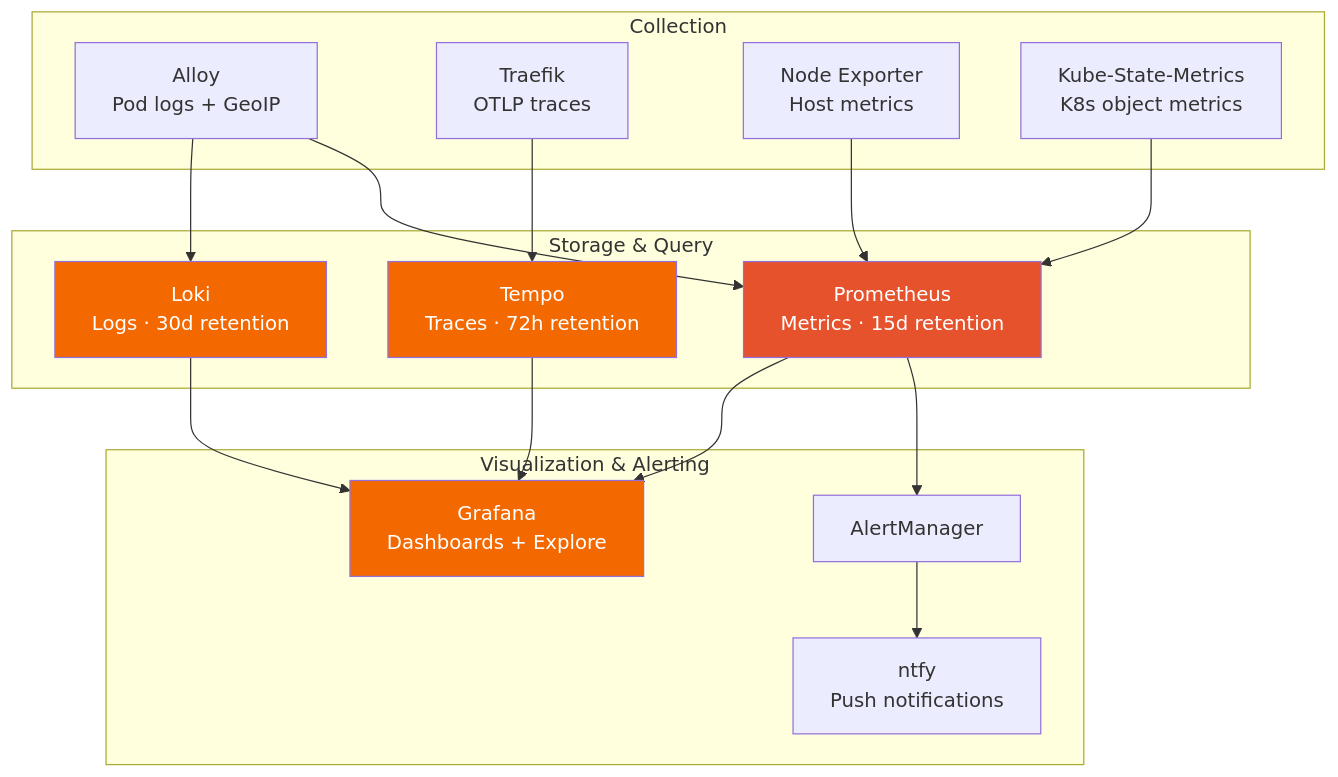
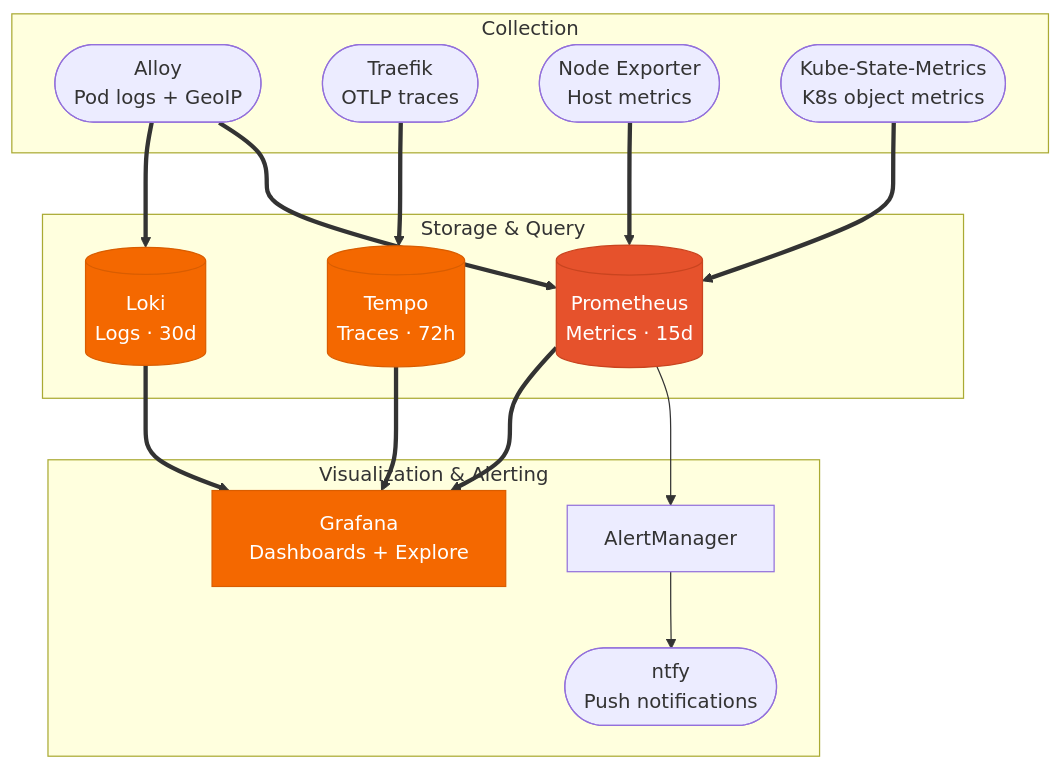
One commit to Starktastic-Homelab/apps changed the fourth of 5 diagrams in README.md. Above: the diagram before and after it, drawn with Mermaid. The commit also changed other lines of this file, not shown here.

Commit message:
docs: prettify Mermaid diagrams with semantic shapes and visual hierarchy

````diff
--- a/README.md
+++ b/README.md
@@ -223,38 +237,42 @@
 ```mermaid
 flowchart TB
     subgraph collection["Collection"]
-        ALLOY["Alloy\nPod logs + GeoIP"]
-        TFK_TRACE["Traefik\nOTLP traces"]
-        NE["Node Exporter\nHost metrics"]
-        KSM["Kube-State-Metrics\nK8s object metrics"]
+        ALLOY(["Alloy\nPod logs + GeoIP"])
+        TFK_TRACE(["Traefik\nOTLP traces"])
+        NE(["Node Exporter\nHost metrics"])
+        KSM(["Kube-State-Metrics\nK8s object metrics"])
     end
 
     subgraph storage["Storage & Query"]
-        PROM["Prometheus\nMetrics · 15d retention"]
-        LOKI["Loki\nLogs · 30d retention"]
-        TEMPO["Tempo\nTraces · 72h retention"]
+        PROM[(Prometheus\nMetrics · 15d)]
+        LOKI[(Loki\nLogs · 30d)]
+        TEMPO[(Tempo\nTraces · 72h)]
     end
 
     subgraph viz["Visualization & Alerting"]
         GRAF["Grafana\nDashboards + Explore"]
         AM["AlertManager"]
-        NTFY["ntfy\nPush notifications"]
+        NTFY(["ntfy\nPush notifications"])
     end
 
-    ALLOY --> LOKI
-    ALLOY --> PROM
-    TFK_TRACE --> TEMPO
-    NE --> PROM
-    KSM --> PROM
+    ALLOY ==> LOKI
+    ALLOY ==> PROM
+    TFK_TRACE ==> TEMPO
+    NE ==> PROM
+    KSM ==> PROM
 
-    PROM --> GRAF
-    LOKI --> GRAF
-    TEMPO --> GRAF
+    PROM ==> GRAF
+    LOKI ==> GRAF
+    TEMPO ==> GRAF
     PROM --> AM
     AM --> NTFY
 
-    style GRAF fill:#F46800,color:#fff
-    style PROM fill:#E6522C,color:#fff
-    style LOKI fill:#F46800,color:#fff
-    style TEMPO fill:#F46800,color:#fff
+    classDef grafana fill:#F46800,stroke:#D95D00,color:#fff
+    classDef prometheus fill:#E6522C,stroke:#C9441F,color:#fff
+    classDef loki fill:#F46800,stroke:#D95D00,color:#fff
+    classDef tempo fill:#F46800,stroke:#D95D00,color:#fff
+    class GRAF grafana
+    class PROM prometheus
+    class LOKI loki
+    class TEMPO tempo
 ```
````
